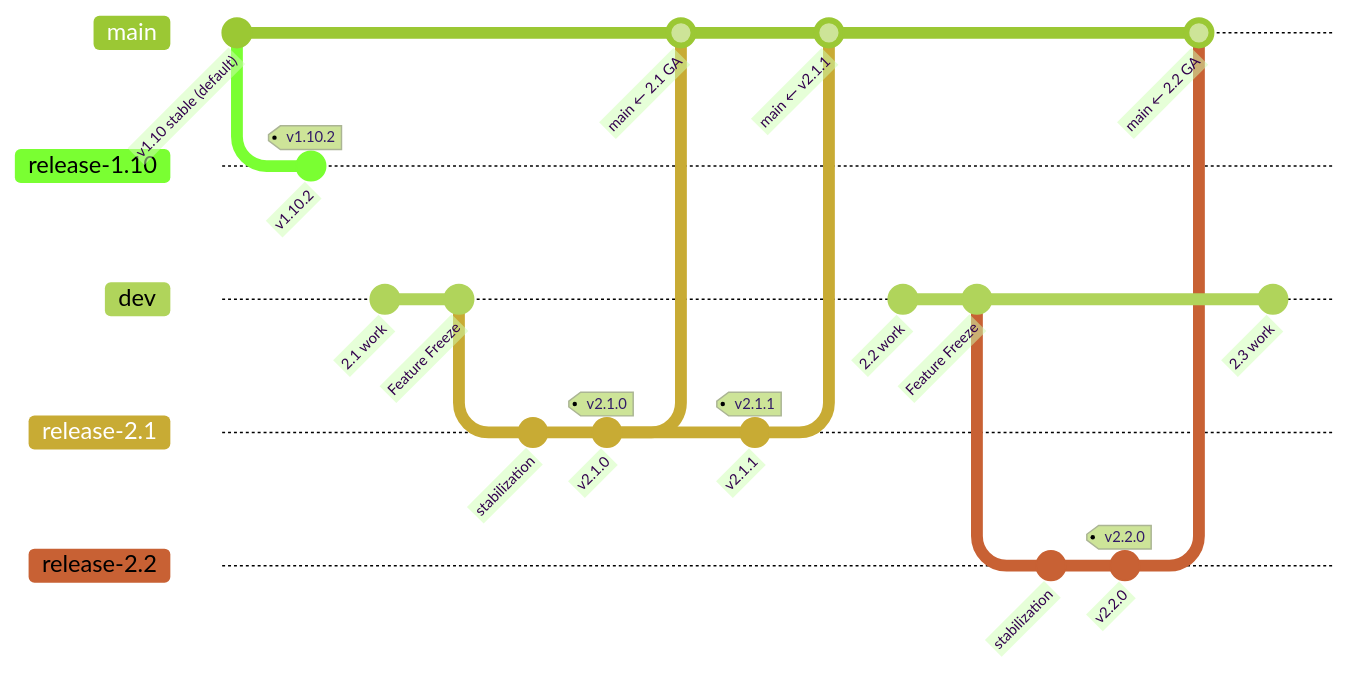
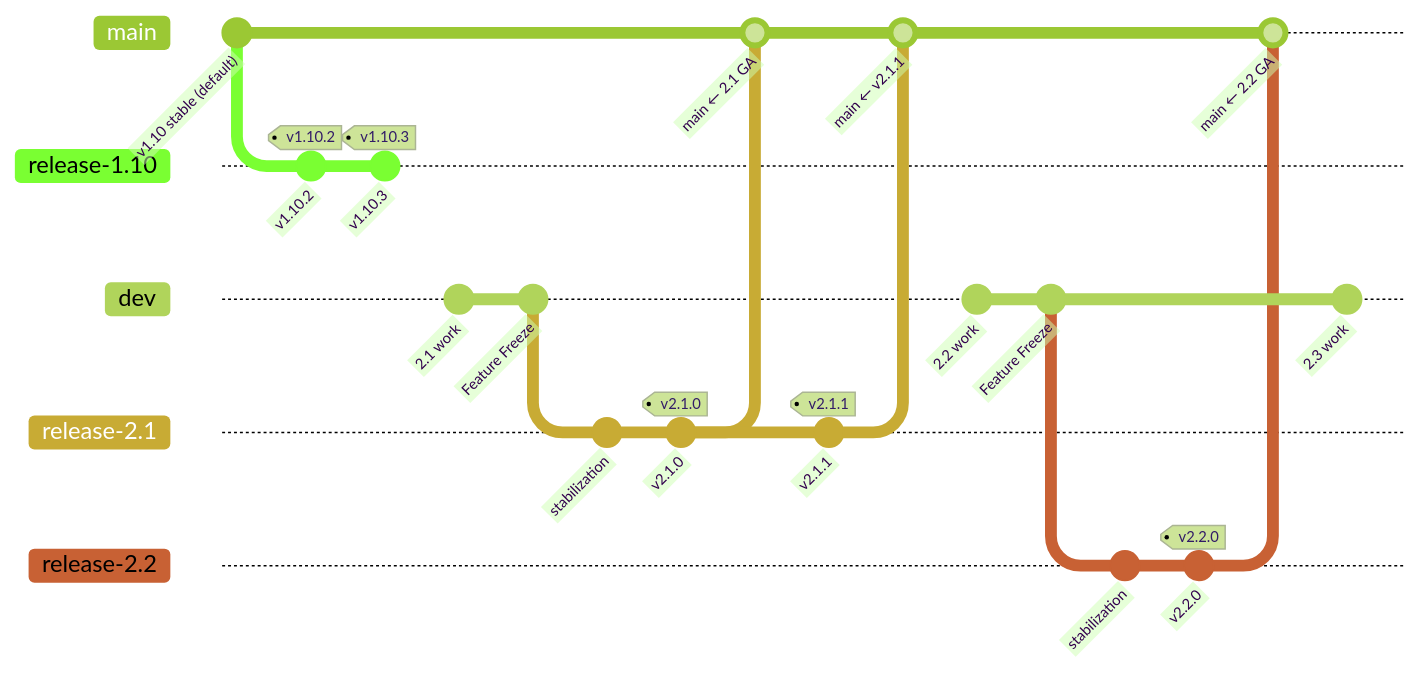
The first of 4 diagrams in decisions/006-rhdh-local-branching-strategy.md (redhat-developer/rhdh-adr), drawn with Mermaid (forest theme) before and after one commit. The commit also changed other lines of this file, not shown here.

First line of the commit message:
Polish decision diagram and remove redundant tag labels

````diff
--- a/decisions/006-rhdh-local-branching-strategy.md
+++ b/decisions/006-rhdh-local-branching-strategy.md
@@ -17,31 +17,32 @@
 ```mermaid
 gitGraph
     commit id: "v1.10 stable (default)"
     branch release-1.10
     commit id: "v1.10.2" tag: "v1.10.2"
+    commit id: "v1.10.3" tag: "v1.10.3"
     checkout main
     branch dev
     commit id: "2.1 work"
     commit id: "2.1 work"
     commit id: "Feature Freeze"
     branch release-2.1
     commit id: "stabilization"
     commit id: "v2.1.0" tag: "v2.1.0"
     checkout main
     merge release-2.1 id: "main ← 2.1 GA"
     checkout release-2.1
     commit id: "v2.1.1" tag: "v2.1.1"
     checkout main
     merge release-2.1 id: "main ← v2.1.1"
     checkout dev
     commit id: "2.2 work"
     commit id: "2.2 work"
     commit id: "Feature Freeze "
     branch release-2.2
     commit id: "stabilization "
     commit id: "v2.2.0" tag: "v2.2.0"
     checkout main
     merge release-2.2 id: "main ← 2.2 GA"
     checkout dev
     commit id: "2.3 work"
 ```
````
